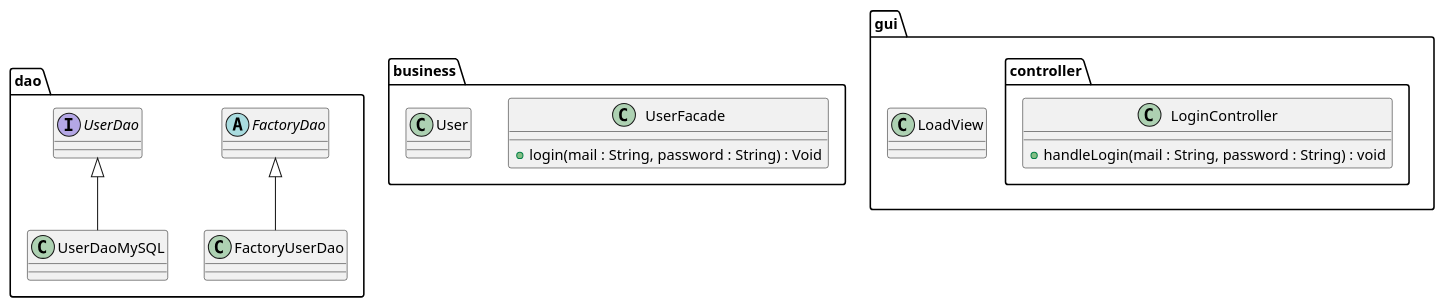
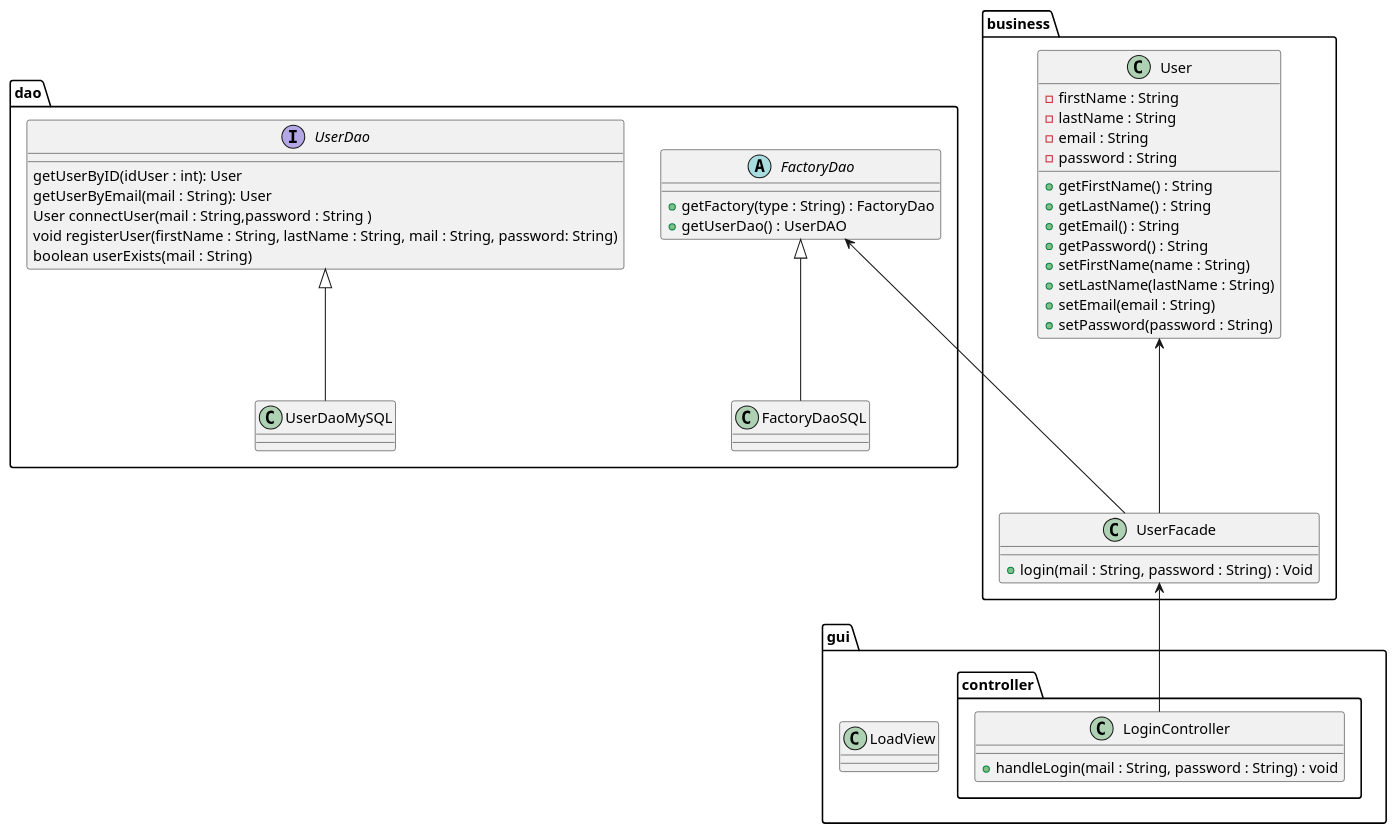
Before and after one commit to LaunoisRemy/ToolShare: the diagram in documents/diagram/login/loginClass.puml, drawn with PlantUML. The commit also changed 5 other files, not shown here.

```diff
--- a/documents/diagram/login/loginClass.puml
+++ b/documents/diagram/login/loginClass.puml
@@ -1,30 +1,58 @@
 @startuml
 
 package dao {
-    abstract FactoryDao
-    class FactoryUserDao
-    interface UserDao
+    abstract FactoryDao{
+        + getFactory(type : String) : FactoryDao
+        + getUserDao() : UserDAO
+    }
+
+    class FactoryDaoSQL{
+    }
+
+    interface UserDao{
+        getUserByID(idUser : int): User
+        getUserByEmail(mail : String): User
+        User connectUser(mail : String,password : String )
+        void registerUser(firstName : String, lastName : String, mail : String, password: String)
+        boolean userExists(mail : String)
+    }
     class UserDaoMySQL
-    FactoryDao <|-- FactoryUserDao
+    FactoryDao <|-- FactoryDaoSQL
     UserDao <|-- UserDaoMySQL
 }
 
 package business{
     class UserFacade{
         +login(mail : String, password : String) : Void
     }
-    class User
+    class User{
+        -firstName : String
+        -lastName : String
+        -email : String
+        -password : String
+        +getFirstName() : String
+        +getLastName() : String
+        +getEmail() : String
+        +getPassword() : String
+        +setFirstName(name : String)
+        +setLastName(lastName : String)
+        +setEmail(email : String)
+        +setPassword(password : String)
+    }
+    FactoryDao <--- UserFacade
+    User <--- UserFacade
 }
 
 package gui{
     class LoadView
     package controller{
         class LoginController{
             + handleLogin(mail : String, password : String) : void
         }
+        UserFacade <-- LoginController
     }
 }
 
 
 
 @enduml
```
